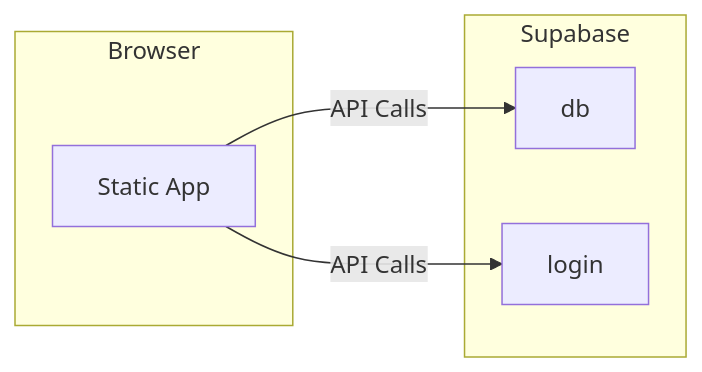
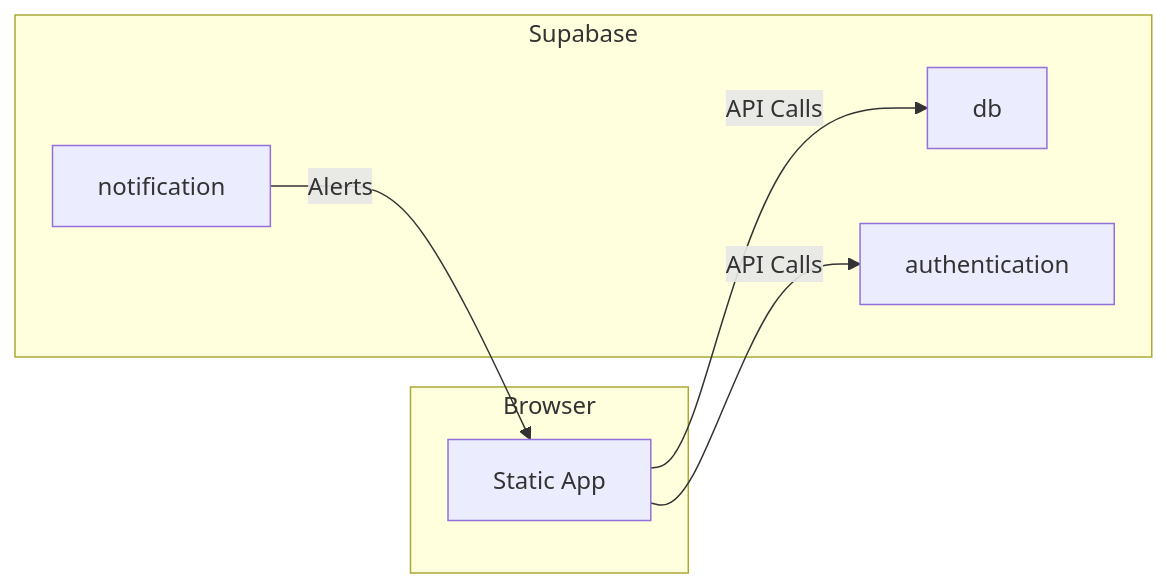
Before and after one commit to devops329/devops: the first of 2 diagrams in instruction/staticDeployment/staticDeployment.md, drawn with Mermaid.

Commit message:
Lee Jensen - update(Static deployment)

````diff
--- a/instruction/staticDeployment/staticDeployment.md
+++ b/instruction/staticDeployment/staticDeployment.md
@@ -46,10 +46,11 @@
 ```mermaid
 graph LR;
     subgraph Browser
     app[Static App]
     end
     subgraph Supabase
     app-->|API Calls|db
-    app-->|API Calls|login
+    app-->|API Calls|authentication
+    notification-->|Alerts|app
     end
 ```
````
